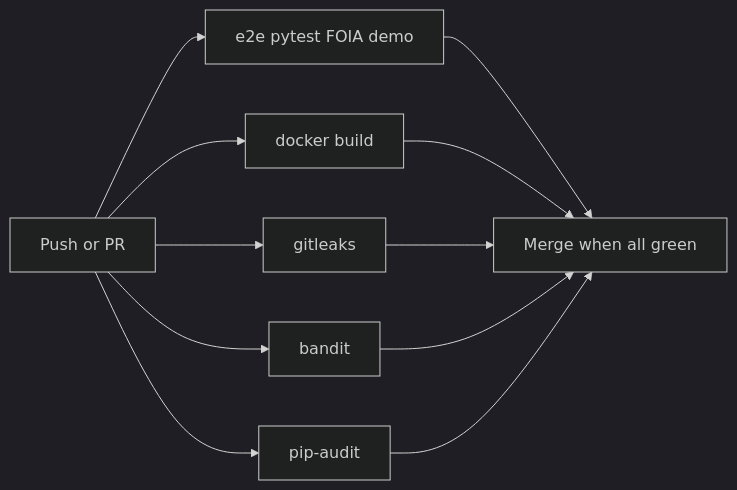
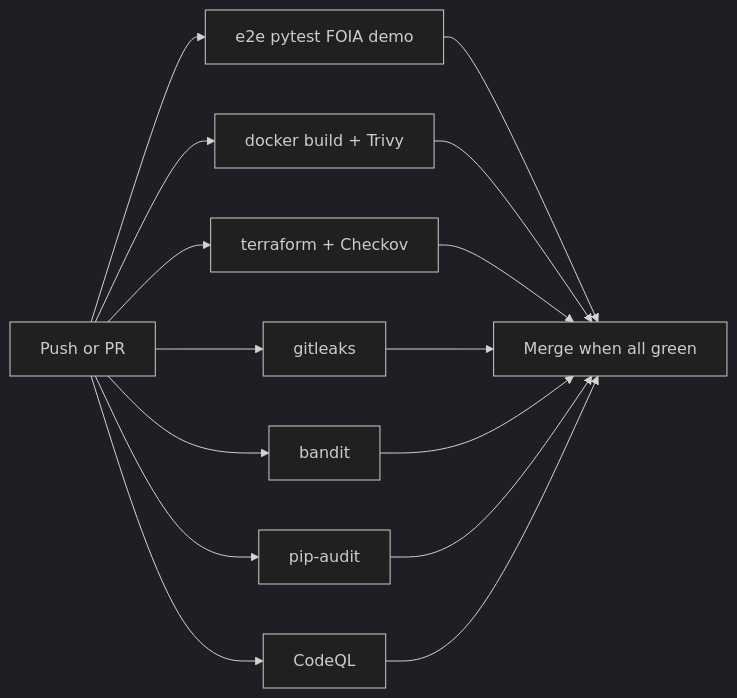
Before and after one commit to khaosans/operator-etl: the third of 3 diagrams in docs/SECURITY-HARDENING.md, drawn with Mermaid (dark theme). The commit also changed other lines of this file and 73 other files, not shown here.

````diff
--- a/docs/SECURITY-HARDENING.md
+++ b/docs/SECURITY-HARDENING.md
@@ -143,13 +143,17 @@
 ```mermaid
 flowchart LR
   PR[Push or PR] --> E2E[e2e pytest FOIA demo]
-  PR --> Docker[docker build]
+  PR --> Docker[docker build + Trivy]
+  PR --> Tf[terraform + Checkov]
   PR --> Secrets[gitleaks]
   PR --> SAST[bandit]
   PR --> SCA[pip-audit]
+  PR --> CodeQL[CodeQL]
   E2E --> Merge[Merge when all green]
   Docker --> Merge
+  Tf --> Merge
   Secrets --> Merge
   SAST --> Merge
   SCA --> Merge
+  CodeQL --> Merge
 ```
````
